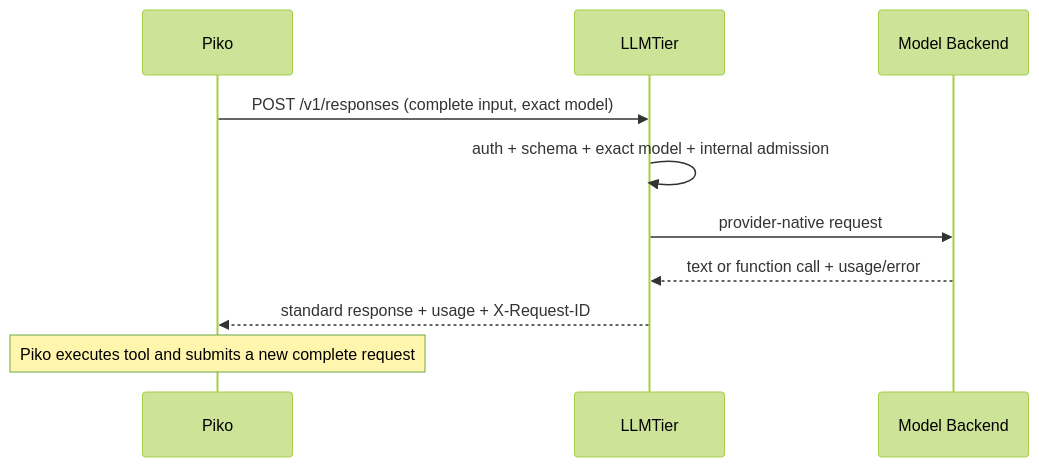
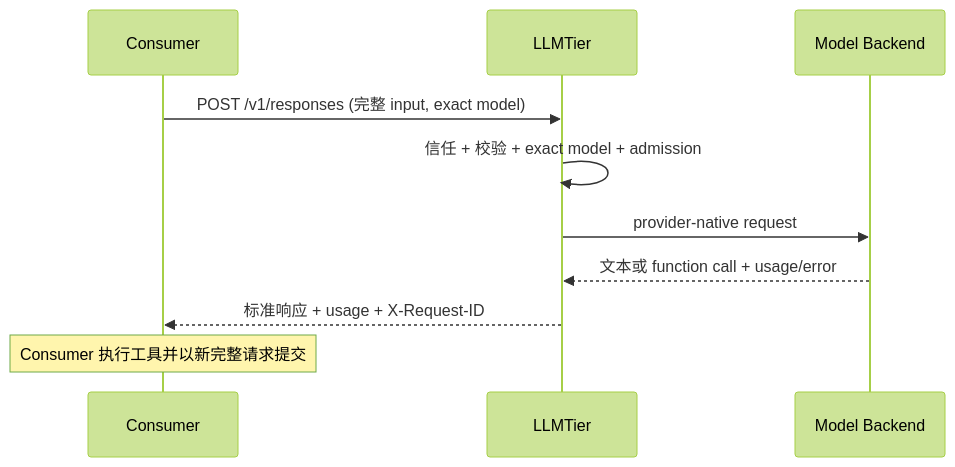
The diagram in docs/20_system_design/llmtier-system-design.md (corezilla/LLMTier), drawn with Mermaid (forest theme) before and after one commit. The commit also changed other lines of this file and 17 other files, not shown here.

````diff
--- a/docs/20_system_design/llmtier-system-design.md
+++ b/docs/20_system_design/llmtier-system-design.md
@@ -129,12 +240,12 @@
 ```mermaid
 sequenceDiagram
-  participant P as Piko
+  participant P as Consumer
   participant L as LLMTier
   participant B as Model Backend
-  P->>L: POST /v1/responses (complete input, exact model)
-  L->>L: auth + schema + exact model + internal admission
+  P->>L: POST /v1/responses (完整 input, exact model)
+  L->>L: 信任 + 校验 + exact model + admission
   L->>B: provider-native request
-  B-->>L: text or function call + usage/error
-  L-->>P: standard response + usage + X-Request-ID
-  Note over P: Piko executes tool and submits a new complete request
+  B-->>L: 文本或 function call + usage/error
+  L-->>P: 标准响应 + usage + X-Request-ID
+  Note over P: Consumer 执行工具并以新完整请求提交
 ```
````
